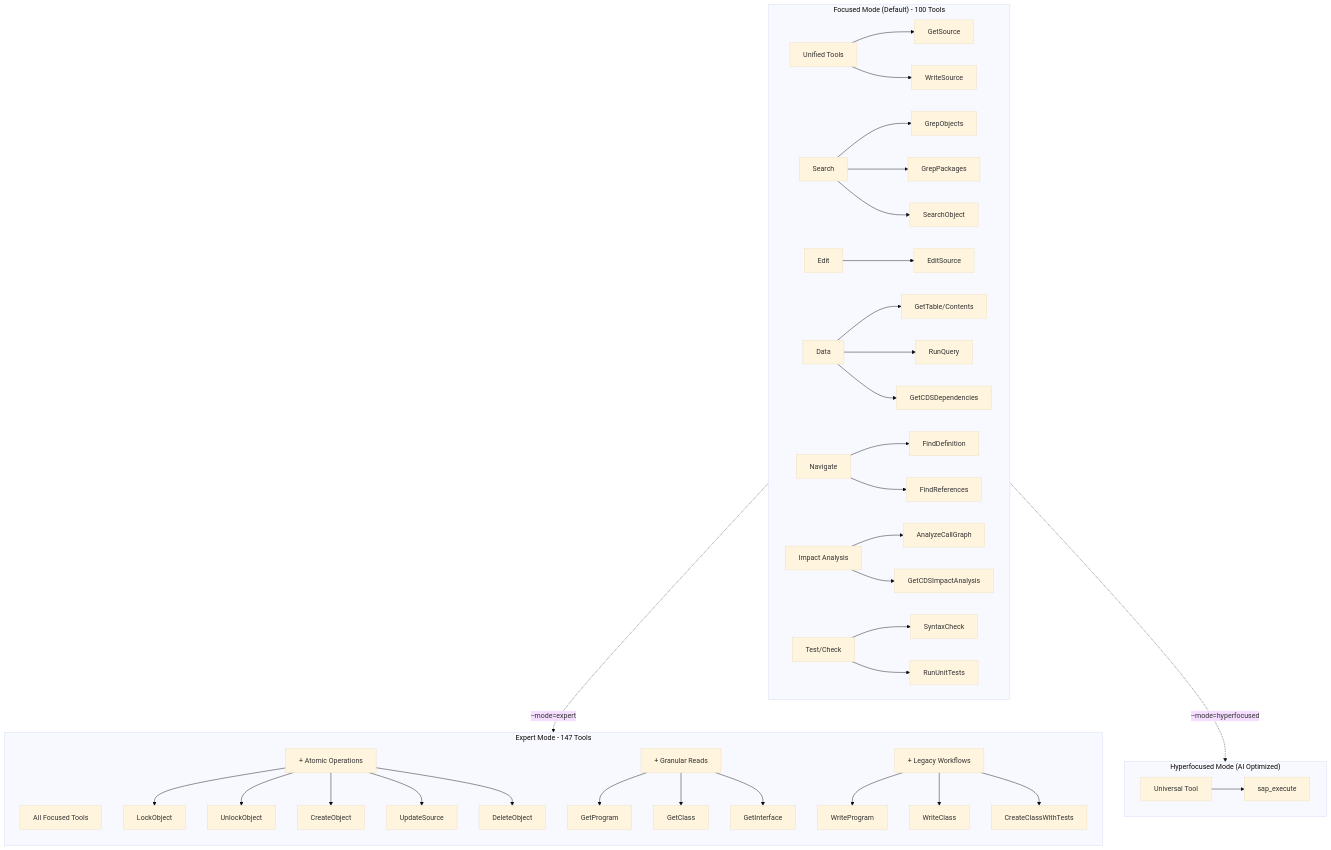
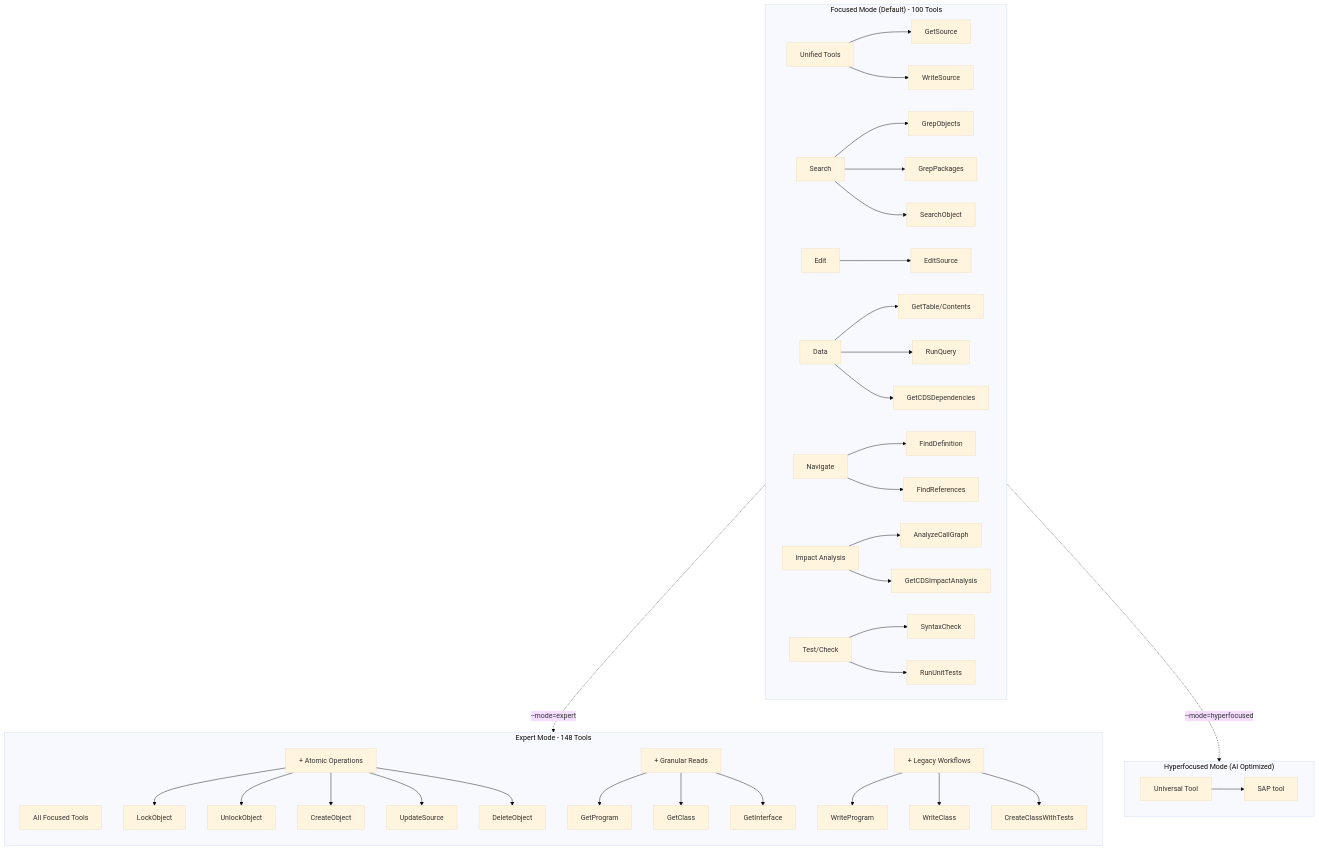
The first of 6 diagrams in docs/mcp_usage.md (5throck/co-abap), drawn with Mermaid (base theme) before and after one commit. The commit also changed other lines of this file and 188 other files, not shown here.

````diff
--- a/docs/mcp_usage.md
+++ b/docs/mcp_usage.md
@@ -61,62 +63,62 @@
 ```mermaid
 flowchart TD
     subgraph Focused["Focused Mode (Default) - 100 Tools"]
         U[Unified Tools]
         U --> GS[GetSource]
         U --> WS[WriteSource]
 
         S[Search]
         S --> GO[GrepObjects]
         S --> GP[GrepPackages]
         S --> SO[SearchObject]
 
         E[Edit]
         E --> ES[EditSource]
 
         D[Data]
         D --> GT[GetTable/Contents]
         D --> RQ[RunQuery]
         D --> CD[GetCDSDependencies]
 
         N[Navigate]
         N --> FD[FindDefinition]
         N --> FR[FindReferences]
 
         I[Impact Analysis]
         I --> AC[AnalyzeCallGraph]
         I --> CI[GetCDSImpactAnalysis]
 
         T[Test/Check]
         T --> SC[SyntaxCheck]
         T --> UT[RunUnitTests]
     end
 
-    subgraph Expert["Expert Mode - 147 Tools"]
+    subgraph Expert["Expert Mode - 148 Tools"]
         direction TB
         F[All Focused Tools]
         A[+ Atomic Operations]
         A --> LO[LockObject]
         A --> UO[UnlockObject]
         A --> CO[CreateObject]
         A --> US[UpdateSource]
         A --> DO[DeleteObject]
 
         G[+ Granular Reads]
         G --> GP2[GetProgram]
         G --> GC[GetClass]
         G --> GI[GetInterface]
 
         W[+ Legacy Workflows]
         W --> WP[WriteProgram]
         W --> WC[WriteClass]
         W --> CC[CreateClassWithTests]
     end
 
     subgraph Hyperfocused["Hyperfocused Mode (AI Optimized)"]
         U2[Universal Tool]
-        U2 --> SAP[sap_execute]
+        U2 --> SAP[SAP tool]
     end
 
     Focused -.->|--mode=expert| Expert
     Focused -.->|--mode=hyperfocused| Hyperfocused
 ```
````
